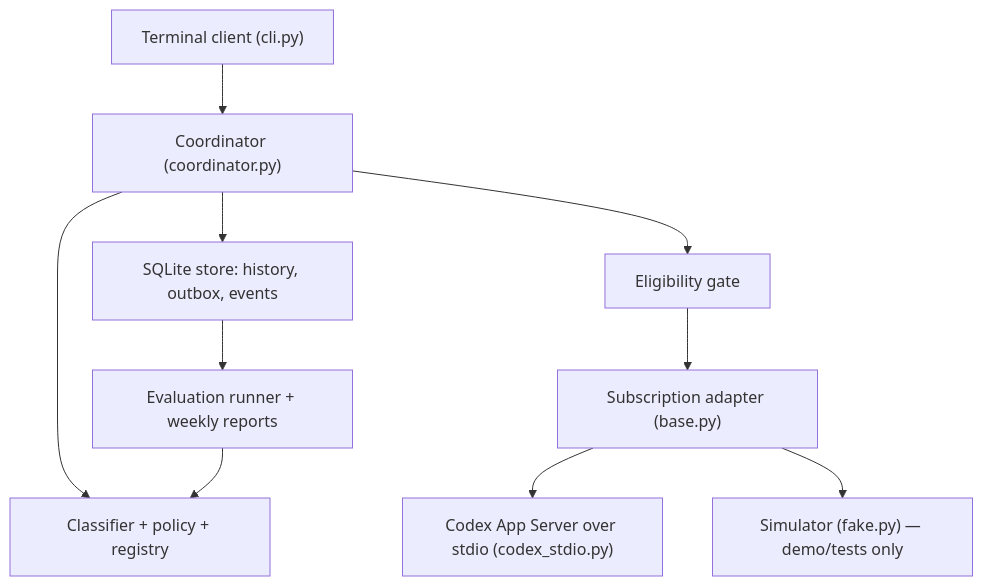
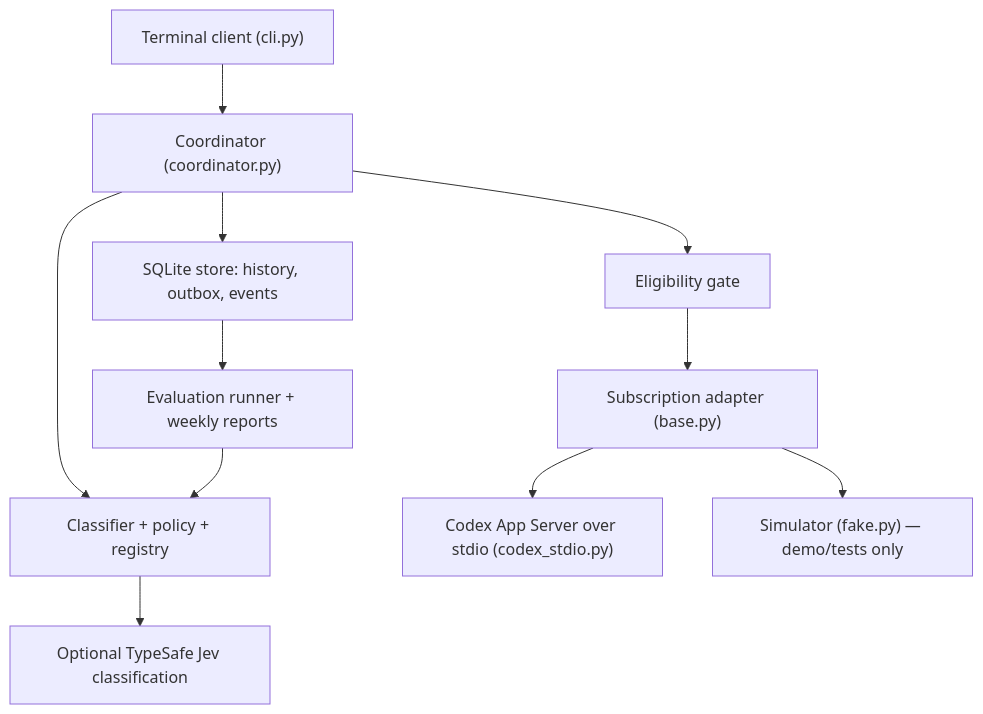
The diagram in model-router/docs/architecture.md (Abhillashjadhav/AI-PM-essential-skills), drawn with Mermaid before and after one commit. The commit also changed other lines of this file and 6 other files, not shown here.

Commit message:
docs(router): document Jev architecture activation and owner follow-ups

````diff
--- a/model-router/docs/architecture.md
+++ b/model-router/docs/architecture.md
@@ -3,12 +5,13 @@
 ```mermaid
 flowchart TD
     A["Terminal client (cli.py)"] --> B["Coordinator (coordinator.py)"]
     B --> C["Classifier + policy + registry"]
+    C --> T["Optional TypeSafe Jev classification"]
     B --> D["SQLite store: history, outbox, events"]
     B --> G["Eligibility gate"]
     G --> E["Subscription adapter (base.py)"]
     E --> F["Codex App Server over stdio (codex_stdio.py)"]
     E --> S["Simulator (fake.py) — demo/tests only"]
     D --> H["Evaluation runner + weekly reports"]
     H --> C
 ```
````
